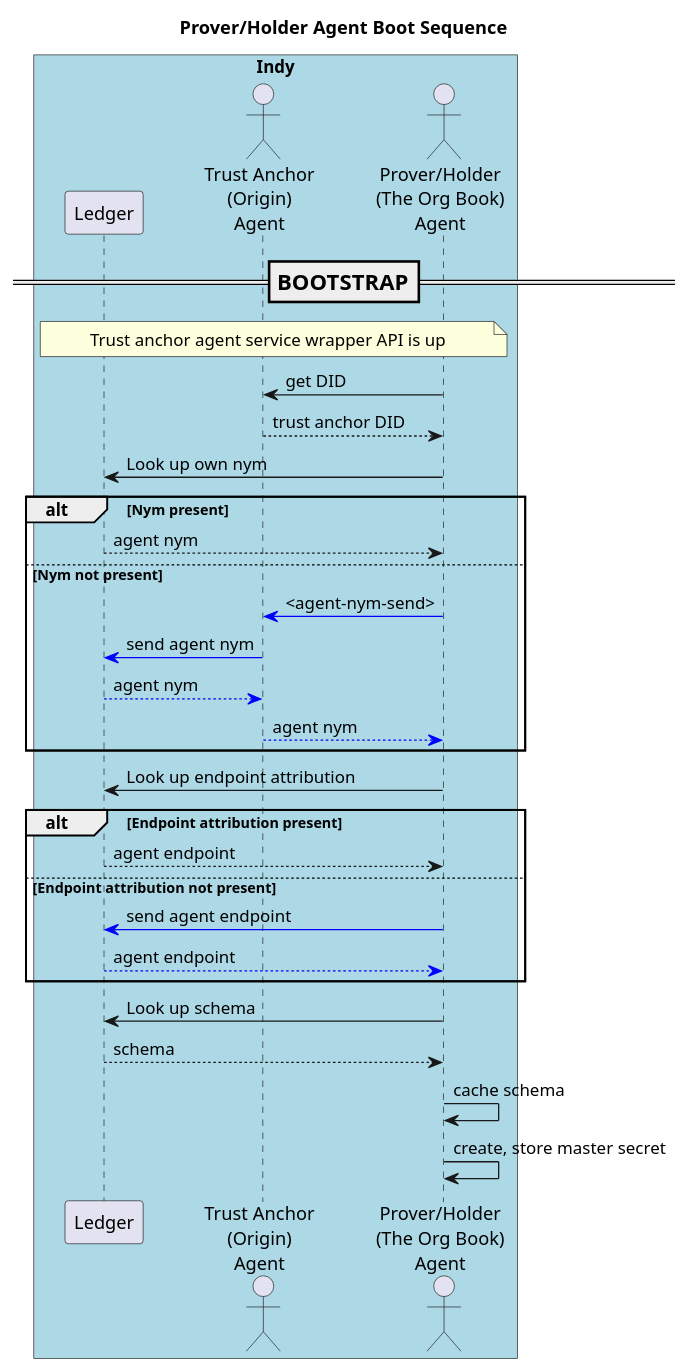
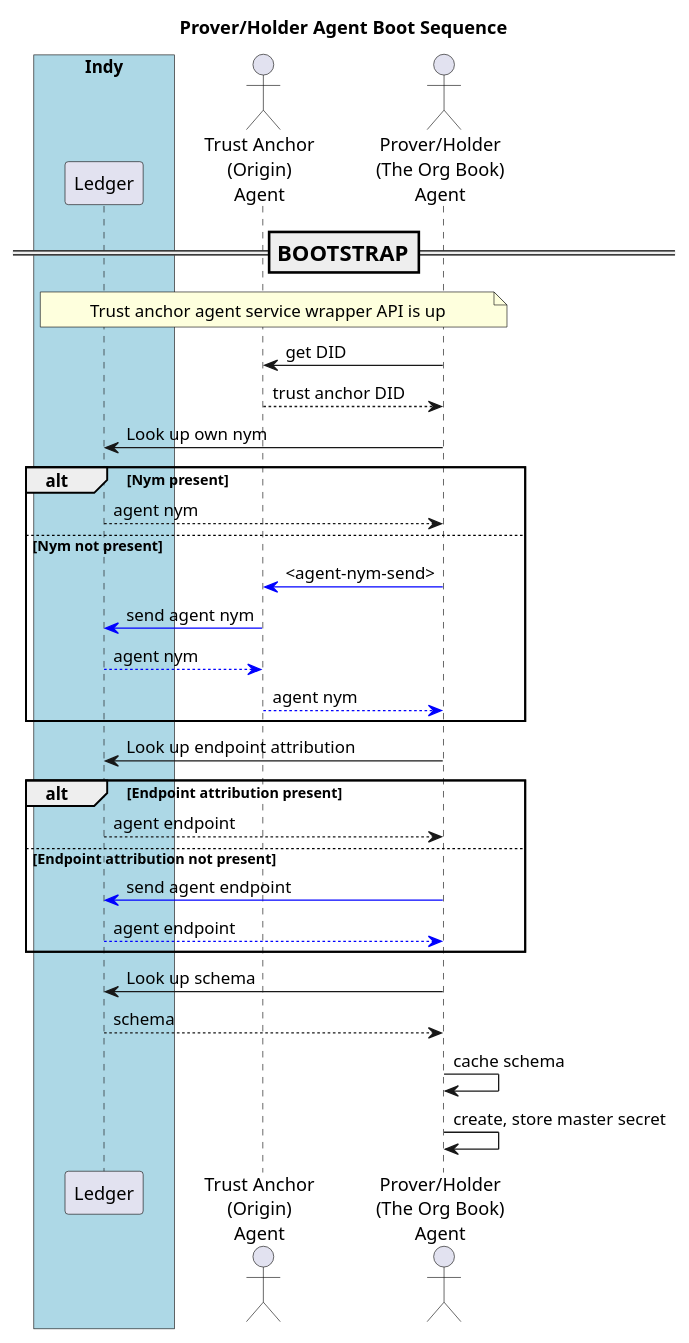
Before and after one commit to PSPC-SPAC-buyandsell/demo-agent: the diagram in doc/pic/src/boot.obag.puml, drawn with PlantUML. The commit also changed 13 other files, not shown here.

Commit message:
tweaks for logging, requirements.txt, diagrams

```diff
--- a/doc/pic/src/boot.obag.puml
+++ b/doc/pic/src/boot.obag.puml
@@ -1,46 +1,46 @@
 @startuml
 skinparam ParticipantPadding 20
 skinparam BaloxPadding 20
 
 title Prover/Holder Agent Boot Sequence
 
 
 box "Indy" #LightBlue
     participant "Ledger" as ledger
-    actor "Trust Anchor\n(Origin)\nAgent" as tag
-    actor "Prover/Holder\n(The Org Book)\nAgent" as obag
 endbox
+actor "Trust Anchor\n(Origin)\nAgent" as tag
+actor "Prover/Holder\n(The Org Book)\nAgent" as obag
 
 === BOOTSTRAP ==
 note over ledger, obag
 Trust anchor agent service wrapper API is up
 endnote
 
 obag -> tag: get DID
 tag --> obag: trust anchor DID
 
 obag -> ledger: Look up own nym
 alt Nym present
     ledger --> obag: agent nym
 else Nym not present
     obag -[#blue]> tag: <agent-nym-send>
     tag -[#blue]> ledger: send agent nym
     ledger --[#blue]> tag: agent nym
     tag --[#blue]> obag: agent nym
 end
 
 obag -> ledger: Look up endpoint attribution
 alt Endpoint attribution present
     ledger --> obag: agent endpoint
 else Endpoint attribution not present
     obag -[#blue]> ledger: send agent endpoint
     ledger --[#blue]> obag: agent endpoint
 end
 
 obag -> ledger: Look up schema
 ledger --> obag: schema
 obag -> obag: cache schema
 
 obag -> obag: create, store master secret
 
 @enduml
```
